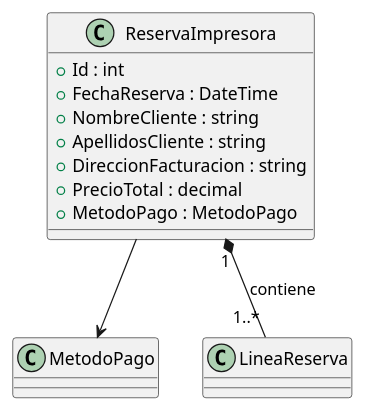
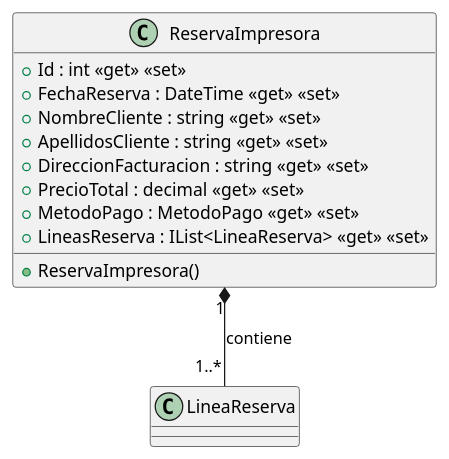
The diagram in src/AppForSEII.API/ClassDiagram/ReservaImpresora.puml (ISIIA2627DAKOI9SE/ISIIA2627DAKOI9SE), drawn with PlantUML before and after one commit. The commit also changed 3 other files, not shown here.

Commit message:
fix(classDiagram):Se han corregido relaciones  para la cardinalidad de las enumeraciones

```diff
--- a/src/AppForSEII.API/ClassDiagram/ReservaImpresora.puml
+++ b/src/AppForSEII.API/ClassDiagram/ReservaImpresora.puml
@@ -1,17 +1,17 @@
 @startuml
 
 class ReservaImpresora {
-    + Id : int
-    + FechaReserva : DateTime
-    + NombreCliente : string
-    + ApellidosCliente : string
-    + DireccionFacturacion : string
-    + PrecioTotal : decimal
-    + MetodoPago : MetodoPago
+    + ReservaImpresora()
+    + Id : int <<get>> <<set>>
+    + FechaReserva : DateTime <<get>> <<set>>
+    + NombreCliente : string <<get>> <<set>>
+    + ApellidosCliente : string <<get>> <<set>>
+    + DireccionFacturacion : string <<get>> <<set>>
+    + PrecioTotal : decimal <<get>> <<set>>
+    + MetodoPago : MetodoPago <<get>> <<set>>
+    + LineasReserva : IList<LineaReserva> <<get>> <<set>>
 }
-
-ReservaImpresora --> MetodoPago
 
 ReservaImpresora "1" *-- "1..*" LineaReserva : contiene
 
 @enduml
```
